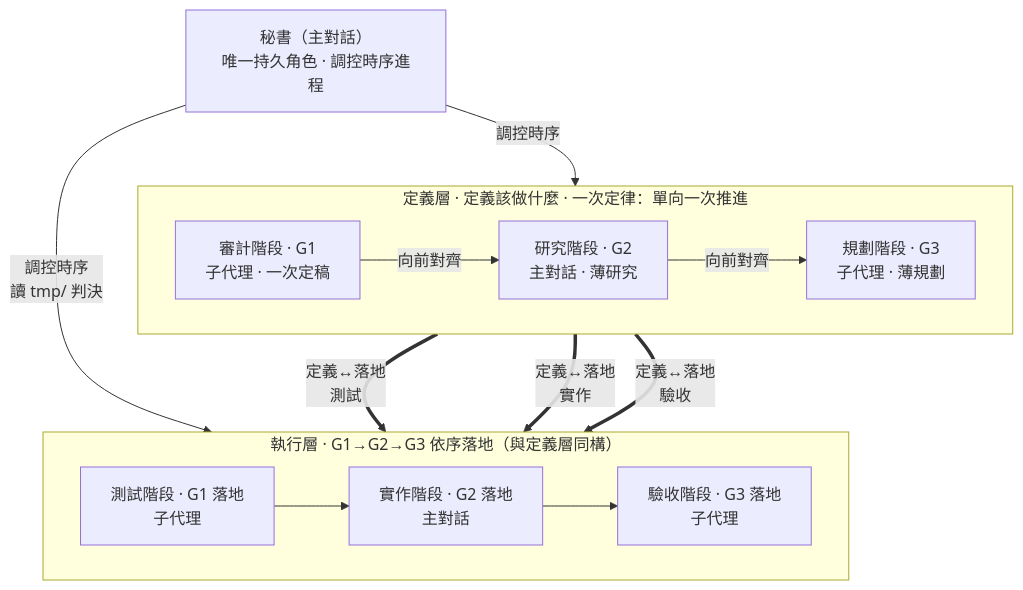
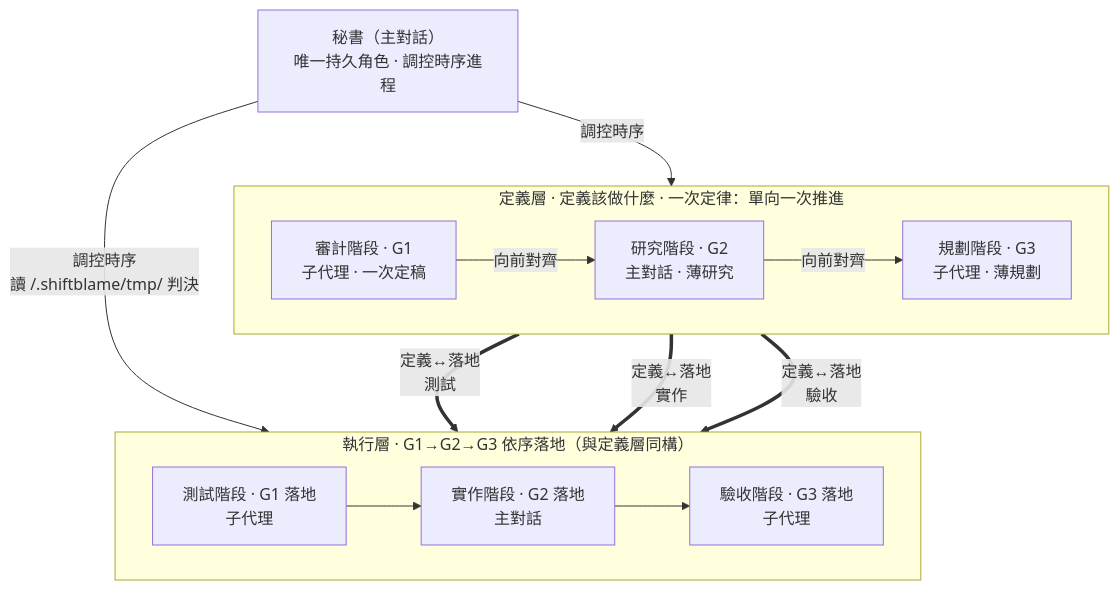
Before and after one commit to teps3105/shiftblame: the second of 2 diagrams in README.md, drawn with Mermaid. The commit also changed other lines of this file and 31 other files, not shown here.

````diff
--- a/README.md
+++ b/README.md
@@ -100,19 +100,19 @@
 ```mermaid
 flowchart TB
     SEC["秘書（主對話）<br/>唯一持久角色 · 調控時序進程"]
     subgraph Consult["定義層 · 定義該做什麼 · 一次定律：單向一次推進"]
         direction LR
         G1["審計階段 · G1<br/>子代理 · 一次定稿"] -->|向前對齊| G2["研究階段 · G2<br/>主對話 · 薄研究"]
         G2 -->|向前對齊| G3["規劃階段 · G3<br/>子代理 · 薄規劃"]
     end
     subgraph Build["執行層 · G1→G2→G3 依序落地（與定義層同構）"]
         direction LR
         TST["測試階段 · G1 落地<br/>子代理"] --> DEV["實作階段 · G2 落地<br/>主對話"]
         DEV --> ACC["驗收階段 · G3 落地<br/>子代理"]
     end
     SEC -- 調控時序 --> Consult
-    SEC -- 調控時序<br/>讀 tmp/ 判決 --> Build
+    SEC -- 調控時序<br/>讀 <repo>/.shiftblame/tmp/ 判決 --> Build
     G1 == "定義↔落地<br/>測試" ==> TST
     G2 == "定義↔落地<br/>實作" ==> DEV
     G3 == "定義↔落地<br/>驗收" ==> ACC
 ```
````
